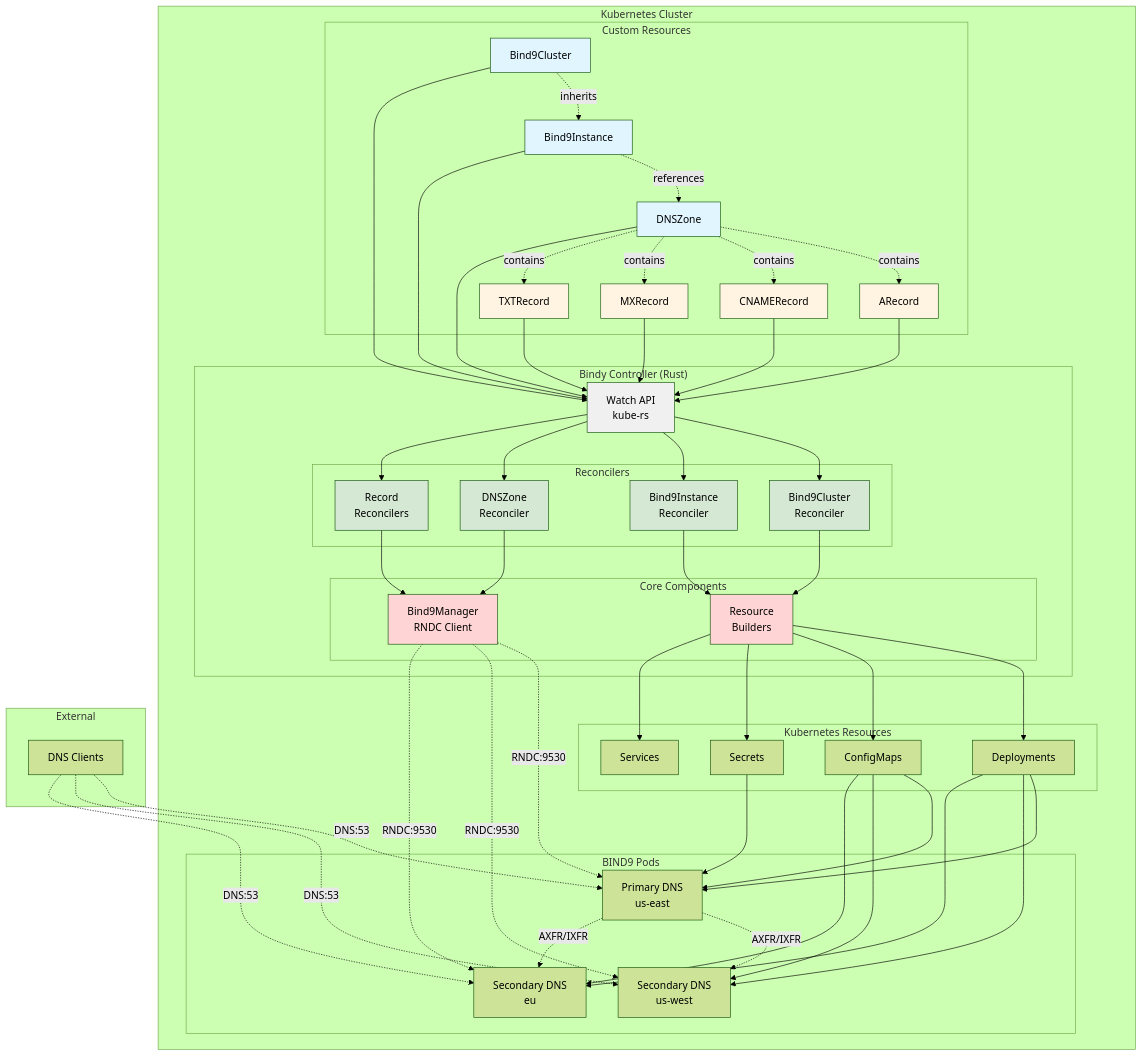
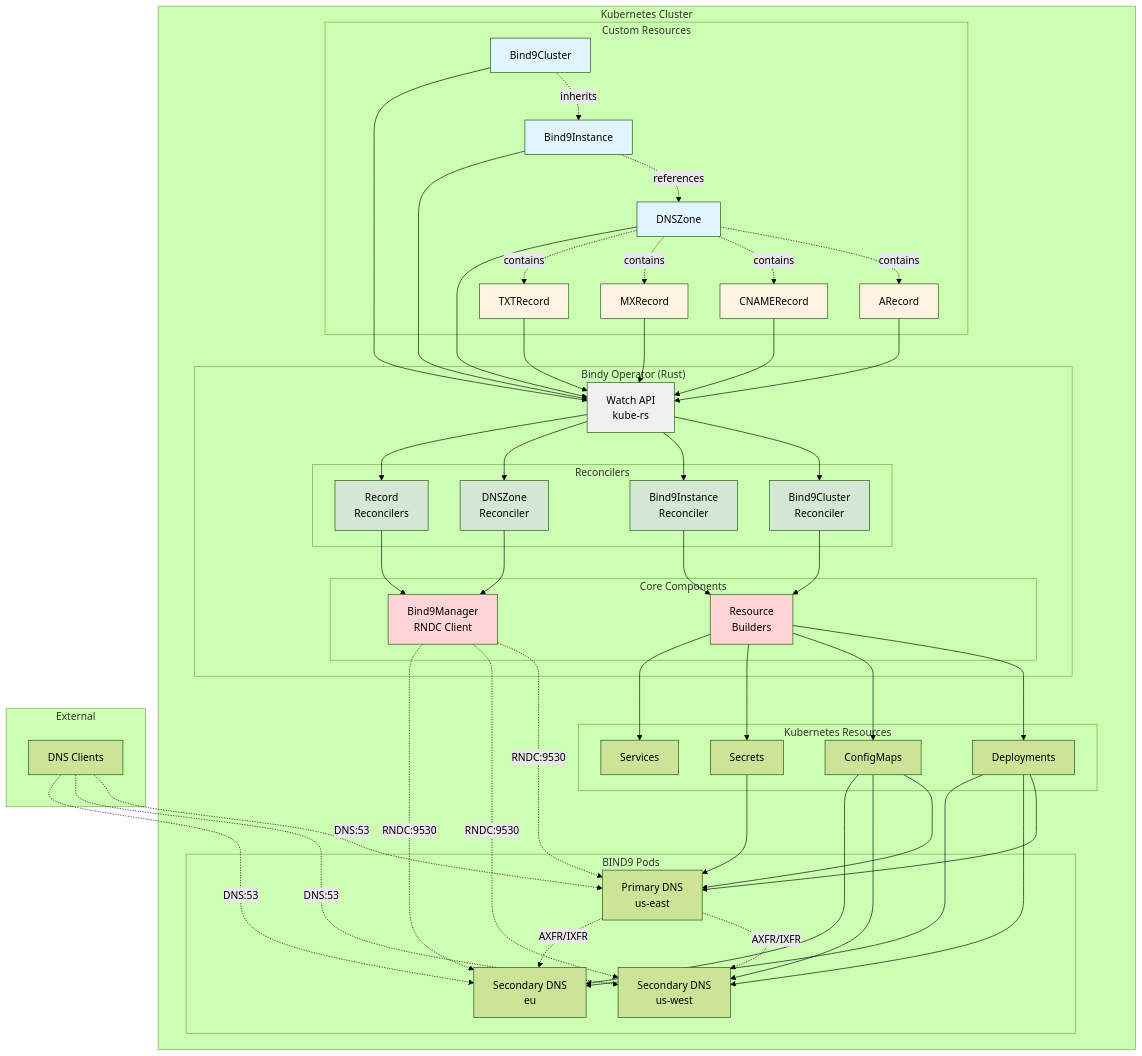
One commit to firestoned/bindy changed the first of 8 diagrams in docs/src/concepts/architecture-diagrams.md. Above: the diagram before and after it, drawn with Mermaid (forest theme). The commit also changed other lines of this file and 150 other files, not shown here.

Commit message:
Change the occurences from controller to operator (#83)

```diff
--- a/docs/src/concepts/architecture-diagrams.md
+++ b/docs/src/concepts/architecture-diagrams.md
@@ -17,7 +17,7 @@
             TR[TXTRecord]
         end
 
-        subgraph "Bindy Controller (Rust)"
+        subgraph "Bindy Operator (Rust)"
             WA[Watch API<br/>kube-rs]
 
             subgraph "Reconcilers"
```
